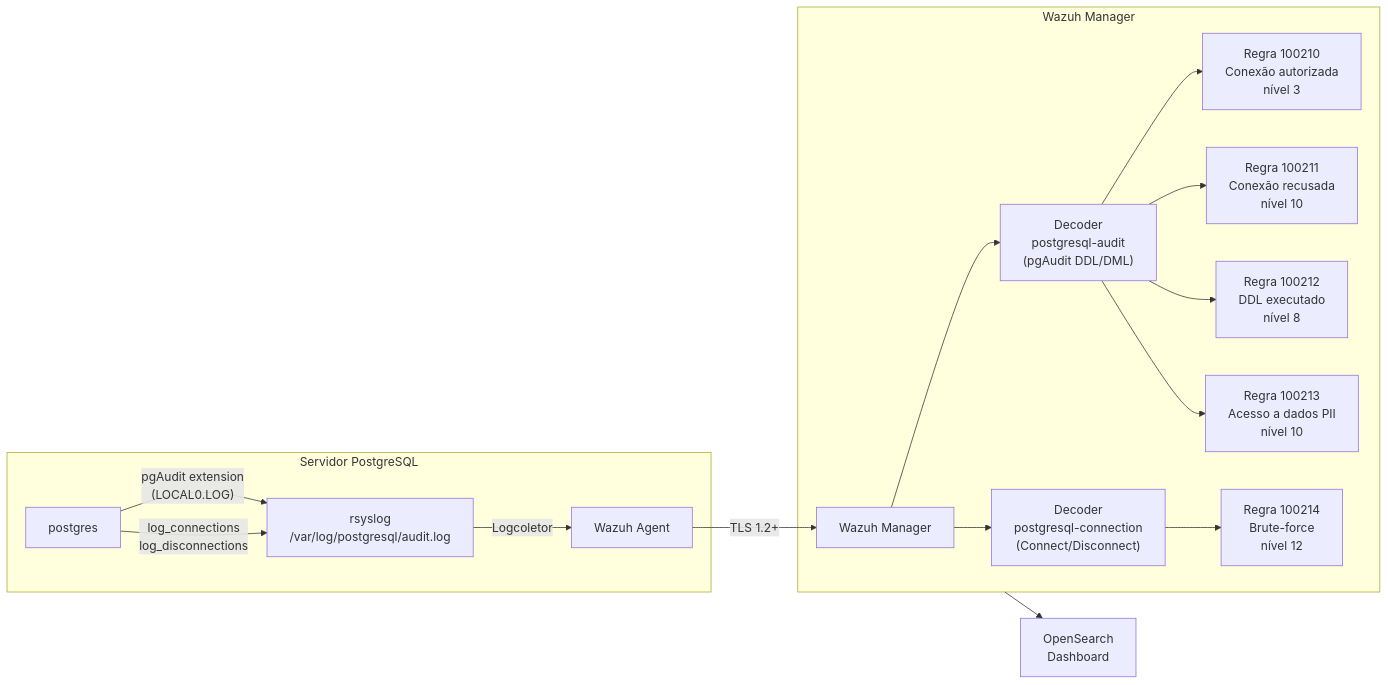
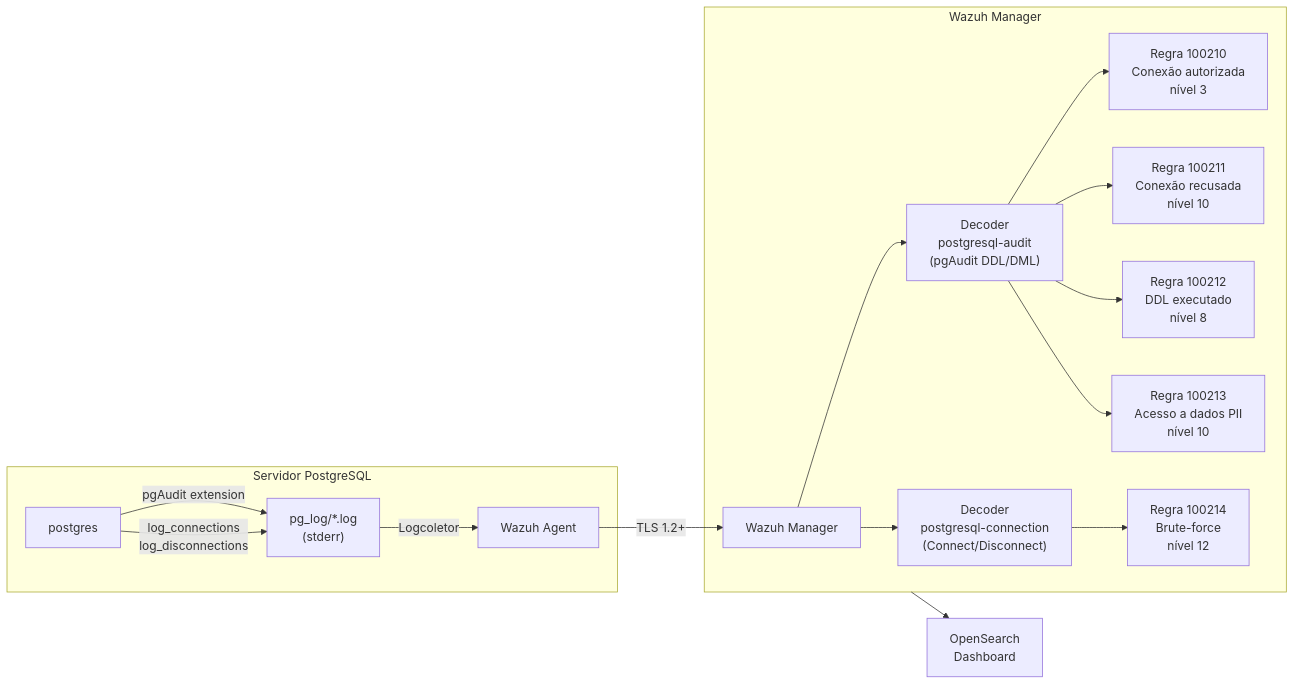
One commit to mjvmsteixeira/wazuh-database-compliance changed the diagram in postgresql/README.md. Above: the diagram before and after it, drawn with Mermaid. The commit also changed other lines of this file, not shown here.

First line of the commit message:
Fix PostgreSQL README: document stderr as primary method

````diff
--- a/postgresql/README.md
+++ b/postgresql/README.md
@@ -9,22 +11,22 @@
 ```mermaid
 flowchart LR
     subgraph Host["Servidor PostgreSQL"]
-        PG["postgres"] -->|"pgAudit extension\n(LOCAL0.LOG)"| SYS["rsyslog\n/var/log/postgresql/audit.log"]
-        PG -->|"log_connections\nlog_disconnections"| SYS
-        SYS -->|"Logcoletor"| AG["Wazuh Agent"]
+        PG["postgres"] -->|"pgAudit extension"| LOG["pg_log/*.log\n(stderr)"]
+        PG -->|"log_connections\nlog_disconnections"| LOG
+        LOG -->|"Logcoletor"| AG["Wazuh Agent"]
     end
 
     AG -->|"TLS 1.2+"| MAN["Wazuh Manager"]
 
     subgraph Manager["Wazuh Manager"]
         MAN --> D1["Decoder\npostgresql-audit\n(pgAudit DDL/DML)"]
         MAN --> D2["Decoder\npostgresql-connection\n(Connect/Disconnect)"]
         D1 --> R1["Regra 100210\nConexão autorizada\nnível 3"]
         D1 --> R2["Regra 100211\nConexão recusada\nnível 10"]
         D1 --> R3["Regra 100212\nDDL executado\nnível 8"]
         D1 --> R4["Regra 100213\nAcesso a dados PII\nnível 10"]
         D2 --> R5["Regra 100214\nBrute-force\nnível 12"]
     end
 
     Manager --> OS["OpenSearch\nDashboard"]
 ```
````
